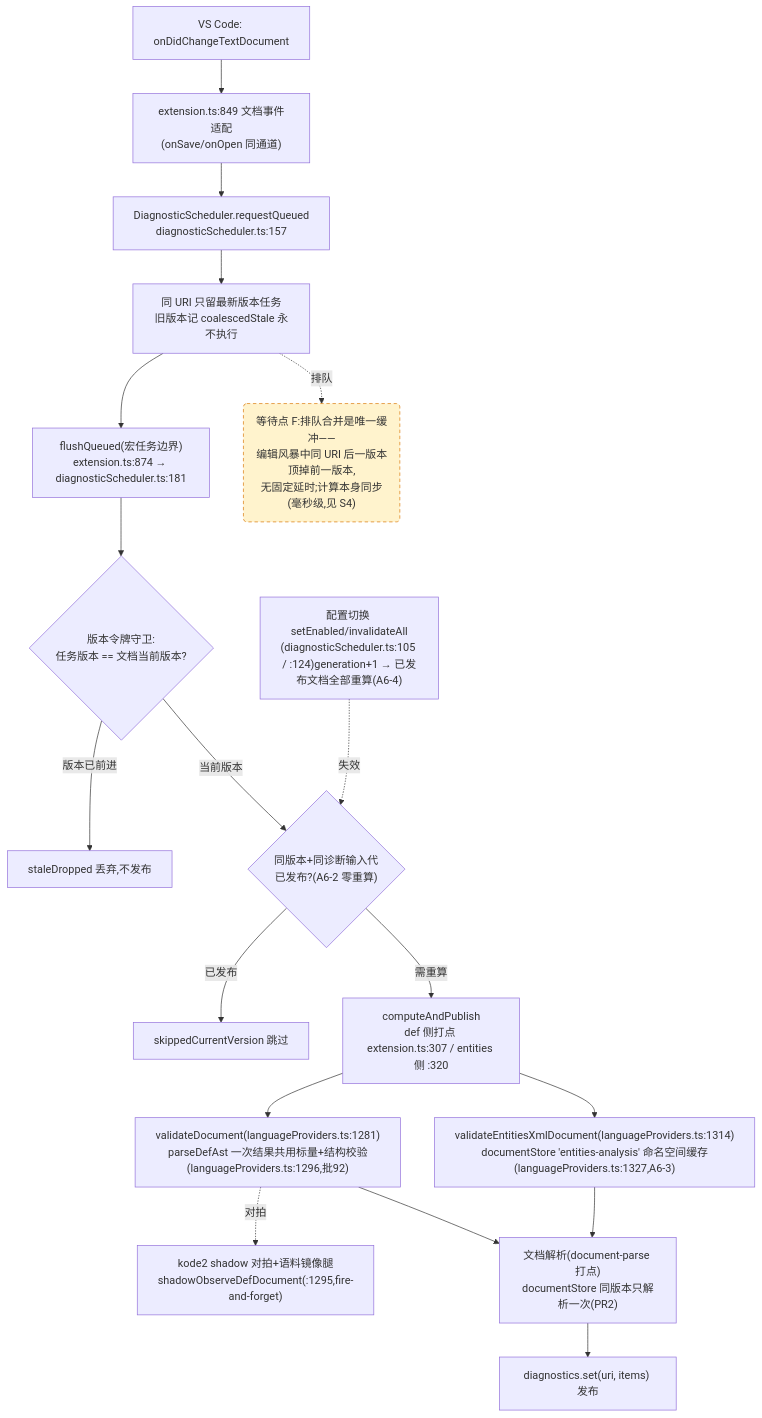
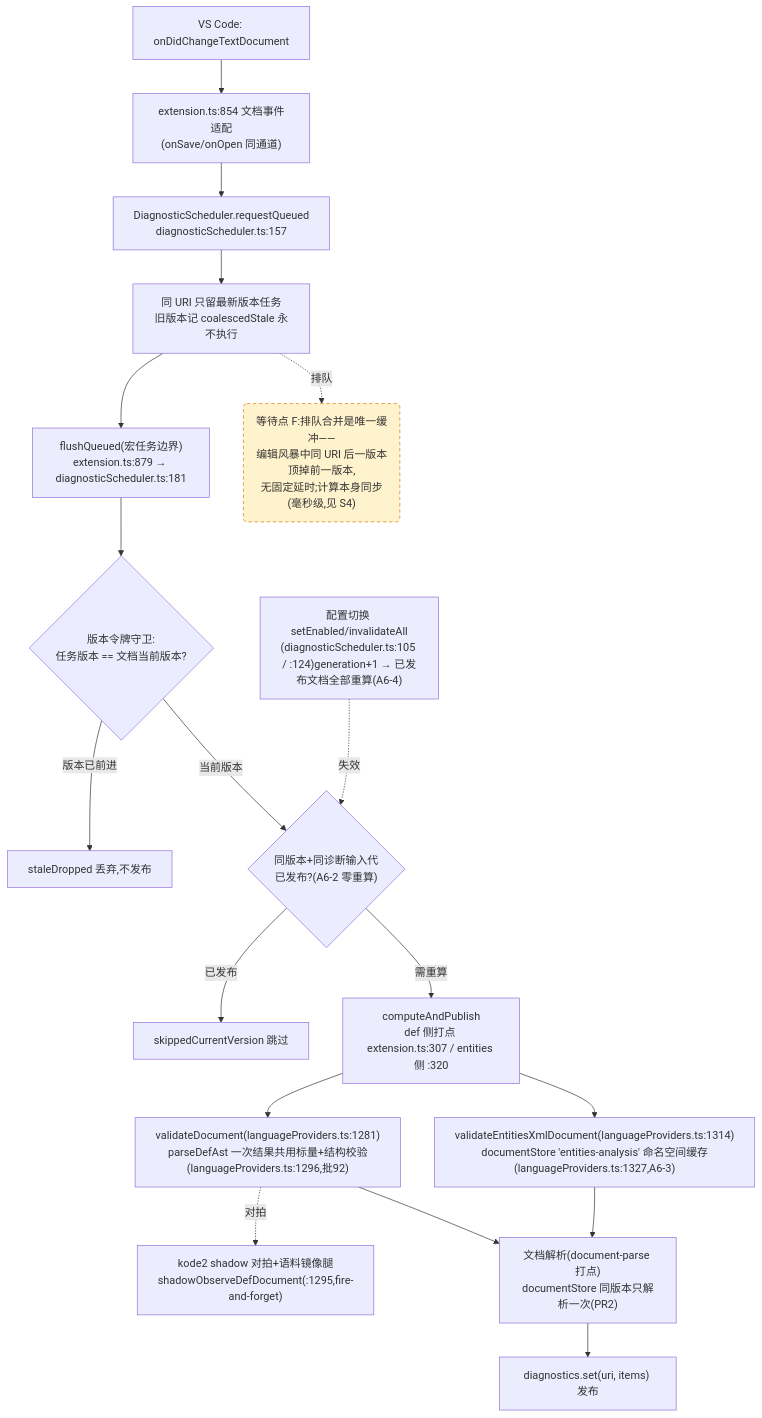
Before and after one commit to cuihairu/kode: the fourth of 4 diagrams in docs/perf/2026-baseline.md, drawn with Mermaid. The commit also changed other lines of this file and 5 other files, not shown here.

````diff
--- a/docs/perf/2026-baseline.md
+++ b/docs/perf/2026-baseline.md
@@ -214,38 +214,38 @@
 ```mermaid
 flowchart TD
   CHG["VS Code: onDidChangeTextDocument"]
-  WATCH["extension.ts:849 文档事件适配<br/>(onSave/onOpen 同通道)"]
+  WATCH["extension.ts:854 文档事件适配<br/>(onSave/onOpen 同通道)"]
   RQ["DiagnosticScheduler.requestQueued<br/>diagnosticScheduler.ts:157"]
   CO["同 URI 只留最新版本任务<br/>旧版本记 coalescedStale 永不执行"]
-  FL["flushQueued(宏任务边界)<br/>extension.ts:874 → diagnosticScheduler.ts:181"]
+  FL["flushQueued(宏任务边界)<br/>extension.ts:879 → diagnosticScheduler.ts:181"]
   VG{"版本令牌守卫:<br/>任务版本 == 文档当前版本?"}
   DROP["staleDropped 丢弃,不发布"]
   GEN{"同版本+同诊断输入代<br/>已发布?(A6-2 零重算)"}
   SKIP["skippedCurrentVersion 跳过"]
   CALC["computeAndPublish<br/>def 侧打点 extension.ts:307 / entities 侧 :320"]
   VD["validateDocument(languageProviders.ts:1281)<br/>parseDefAst 一次结果共用标量+结构校验(languageProviders.ts:1296,批92)"]
   VEX["validateEntitiesXmlDocument(languageProviders.ts:1314)<br/>documentStore 'entities-analysis' 命名空间缓存(languageProviders.ts:1327,A6-3)"]
   SHDD["kode2 shadow 对拍+语料镜像腿<br/>shadowObserveDefDocument(:1295,fire-and-forget)"]
   DS["文档解析(document-parse 打点)<br/>documentStore 同版本只解析一次(PR2)"]
   PUB["diagnostics.set(uri, items) 发布"]
   CFG2["配置切换 setEnabled/invalidateAll<br/>(diagnosticScheduler.ts:105 / :124)generation+1 → 已发布文档全部重算(A6-4)"]
 
   CHG --> WATCH --> RQ --> CO --> FL --> VG
   VG -- "版本已前进" --> DROP
   VG -- "当前版本" --> GEN
   GEN -- "已发布" --> SKIP
   GEN -- "需重算" --> CALC
   CALC --> VD
   CALC --> VEX
   VD --> DS
   VEX --> DS
   DS --> PUB
   VD -.->|对拍| SHDD
   CFG2 -.->|失效| GEN
 
   WAITF("等待点 F:排队合并是唯一缓冲——<br/>编辑风暴中同 URI 后一版本顶掉前一版本,<br/>无固定延时;计算本身同步(毫秒级,见 S4)")
   CO -.->|排队| WAITF
 
   classDef waitPoint fill:#fff3cd,stroke:#d97706,stroke-dasharray:5 4;
   class WAITF waitPoint;
 ```
````
